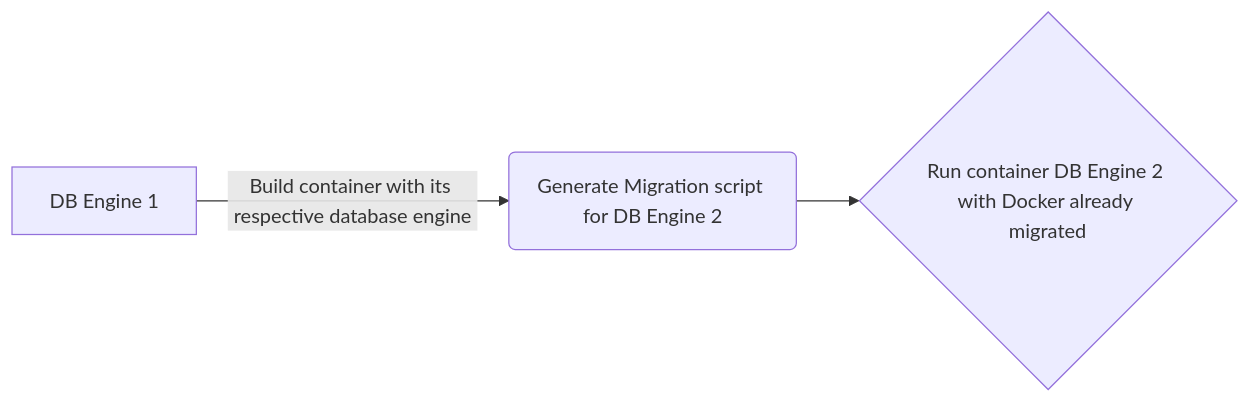
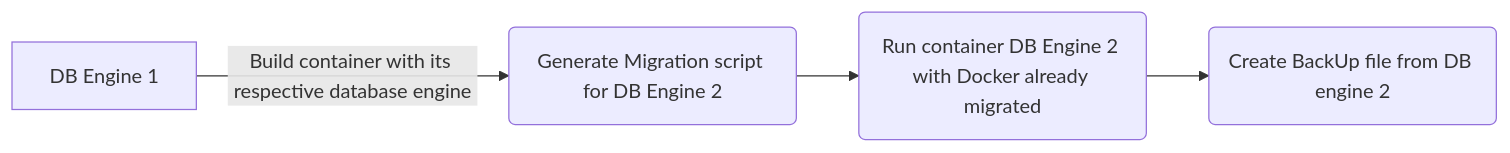
Before and after one commit to Jamaceat/dbMigrations: the diagram in README.md, drawn with Mermaid.

Commit message:
readme edited

````diff
--- a/README.md
+++ b/README.md
@@ -5,6 +5,8 @@
 ```mermaid
 graph LR
 A[DB Engine 1] -- Build container with its respective database engine --> B(Generate Migration script for DB Engine 2)
-B --> D{Run container DB Engine 2 with Docker already migrated }
+B --> D(Run container DB Engine 2 with Docker already migrated )
+
+D --> E(Create BackUp file from DB engine 2)
 
 ```
````
